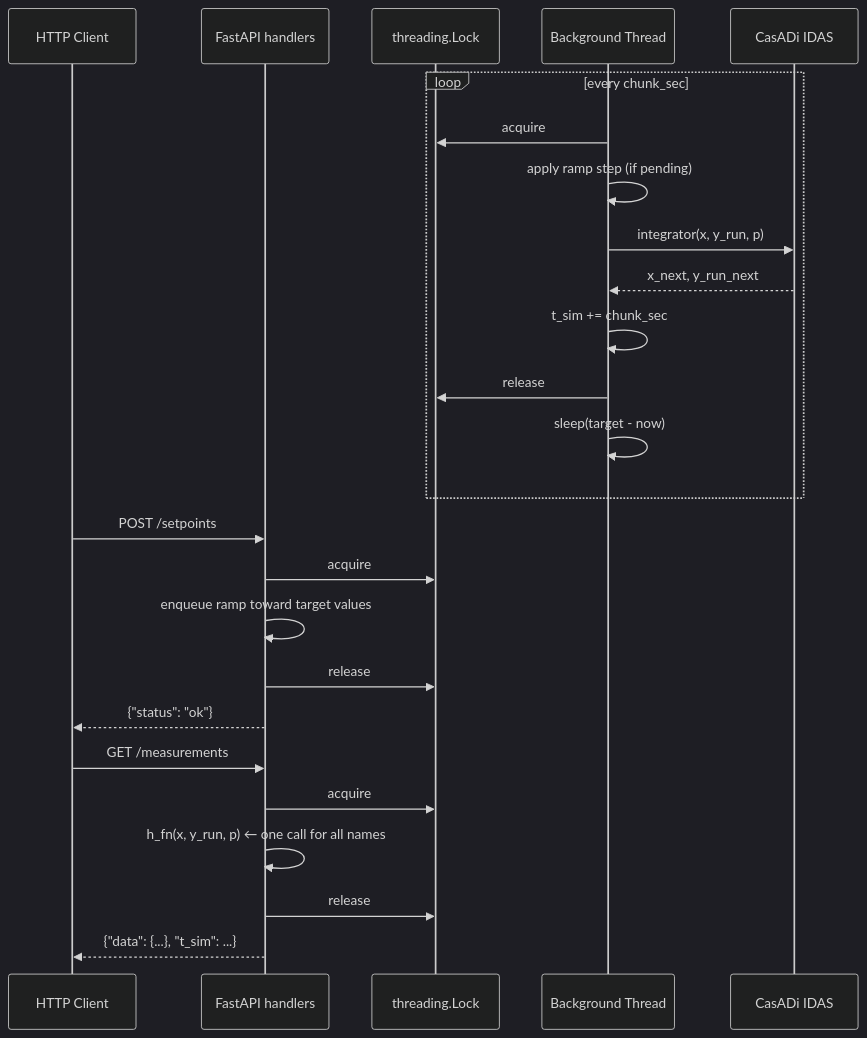
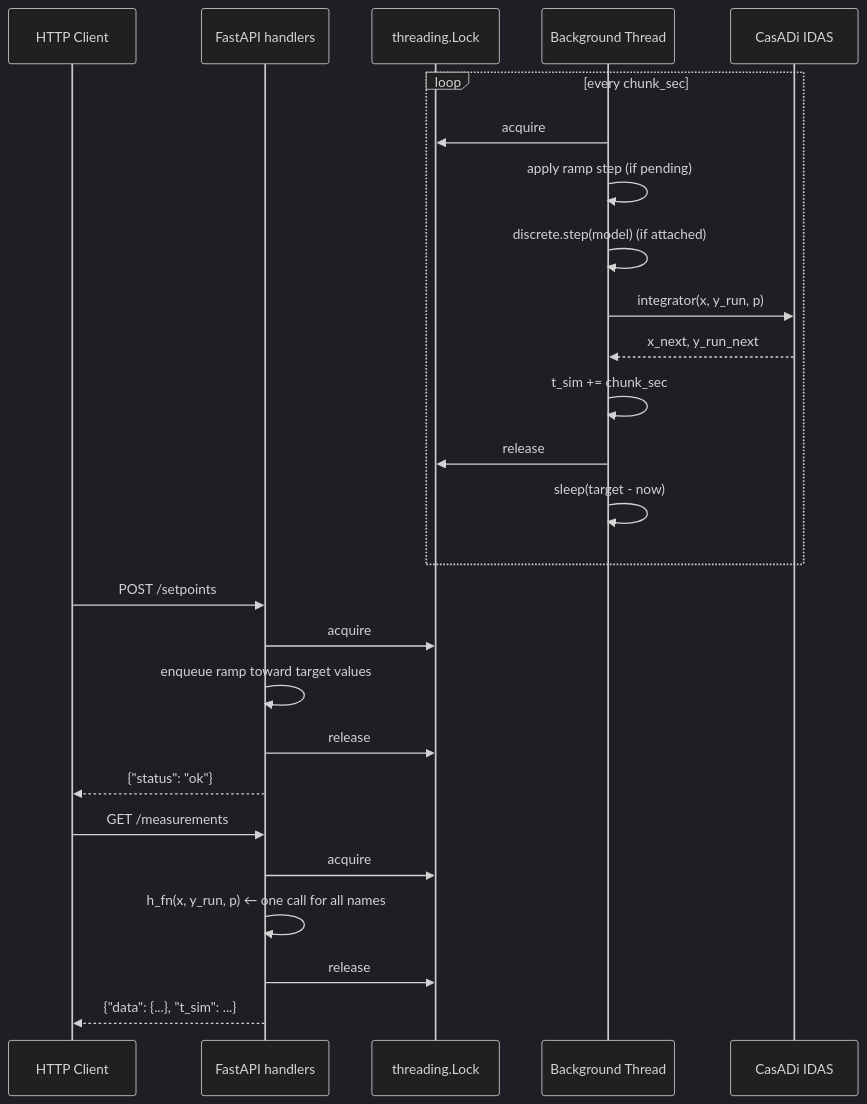
One commit to pydae/pydae changed the diagram in docs/pydae-core/realtime_api.md. Above: the diagram before and after it, drawn with Mermaid (dark theme). The commit also changed other lines of this file and 53 other files, not shown here.

````diff
--- a/docs/pydae-core/realtime_api.md
+++ b/docs/pydae-core/realtime_api.md
@@ -110,30 +204,31 @@
 ```{mermaid}
 sequenceDiagram
     participant Client as HTTP Client
     participant API as FastAPI handlers
     participant Lock as threading.Lock
     participant Thread as Background Thread
     participant IDAS as CasADi IDAS
 
     loop every chunk_sec
         Thread->>Lock: acquire
         Thread->>Thread: apply ramp step (if pending)
+        Thread->>Thread: discrete.step(model) (if attached)
         Thread->>IDAS: integrator(x, y_run, p)
         IDAS-->>Thread: x_next, y_run_next
         Thread->>Thread: t_sim += chunk_sec
         Thread->>Lock: release
         Thread->>Thread: sleep(target - now)
     end
 
     Client->>API: POST /setpoints
     API->>Lock: acquire
     API->>API: enqueue ramp toward target values
     API->>Lock: release
     API-->>Client: {"status": "ok"}
 
     Client->>API: GET /measurements
     API->>Lock: acquire
     API->>API: h_fn(x, y_run, p)  ← one call for all names
     API->>Lock: release
     API-->>Client: {"data": {...}, "t_sim": ...}
 ```
````
